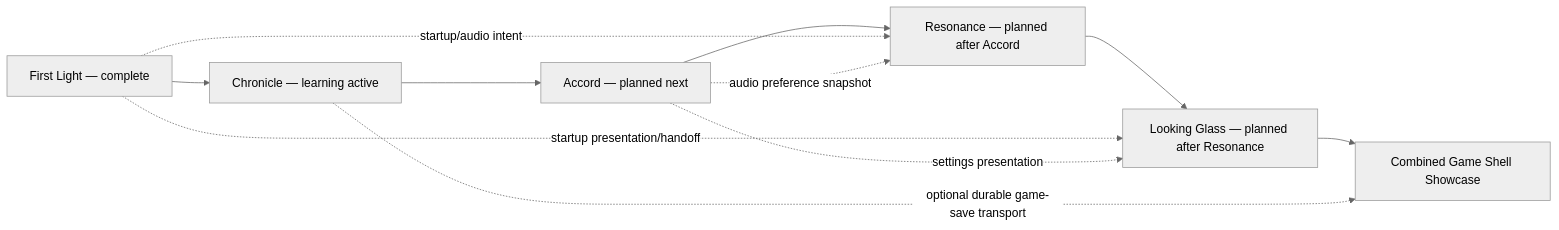
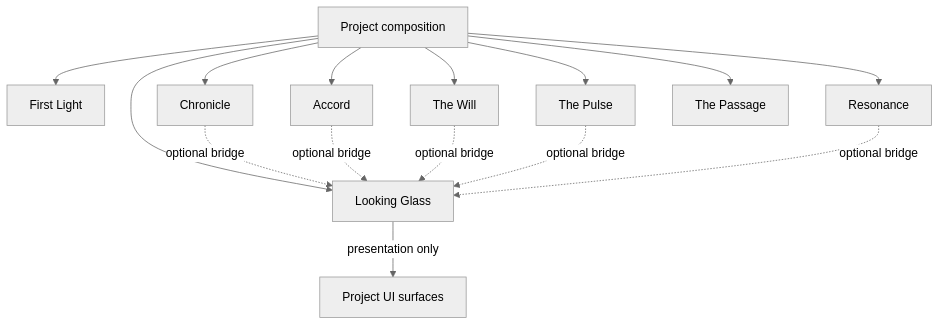
One commit to echodevgames/The-Sperk-Forge changed the first of 2 diagrams in Plan Documentation/Suite_Graph_Roadmap.md. Above: the diagram before and after it, drawn with Mermaid (neutral theme). The commit also changed other lines of this file and 11 other files, not shown here.

````diff
--- a/Plan Documentation/Suite_Graph_Roadmap.md
+++ b/Plan Documentation/Suite_Graph_Roadmap.md
@@ -136,13 +48,19 @@
 ```mermaid
-flowchart LR
-    FL[First Light — complete] --> SAVE[Chronicle — learning active]
-    SAVE --> ACC[Accord — planned next]
-    ACC --> RES[Resonance — planned after Accord]
-    RES --> UI[Looking Glass — planned after Resonance]
-    UI --> SHOW[Combined Game Shell Showcase]
-    FL -. startup/audio intent .-> RES
-    FL -. startup presentation/handoff .-> UI
-    ACC -. audio preference snapshot .-> RES
-    ACC -. settings presentation .-> UI
-    SAVE -. optional durable game-save transport .-> SHOW
+flowchart TD
+    P[Project composition] --> FL[First Light]
+    P --> UI[Looking Glass]
+    P --> SAVE[Chronicle]
+    P --> SET[Accord]
+    P --> AUDIO[Resonance]
+    P --> INPUT[The Will]
+    P --> STATE[The Pulse]
+    P --> FLOW[The Passage]
+
+    SAVE -. optional bridge .-> UI
+    SET -. optional bridge .-> UI
+    INPUT -. optional bridge .-> UI
+    STATE -. optional bridge .-> UI
+    AUDIO -. optional bridge .-> UI
+
+    UI -->|presentation only| SURF[Project UI surfaces]
 ```
````
